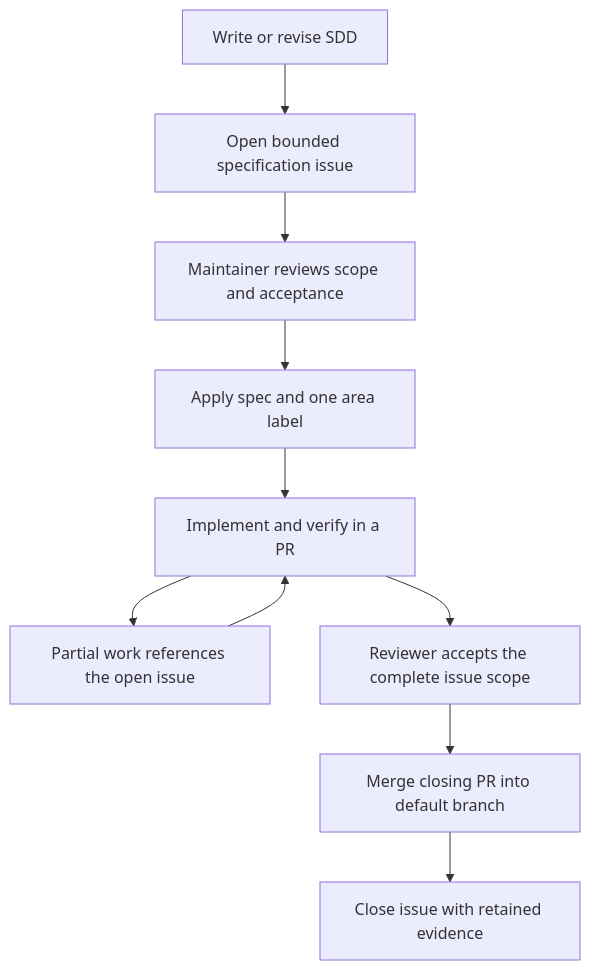
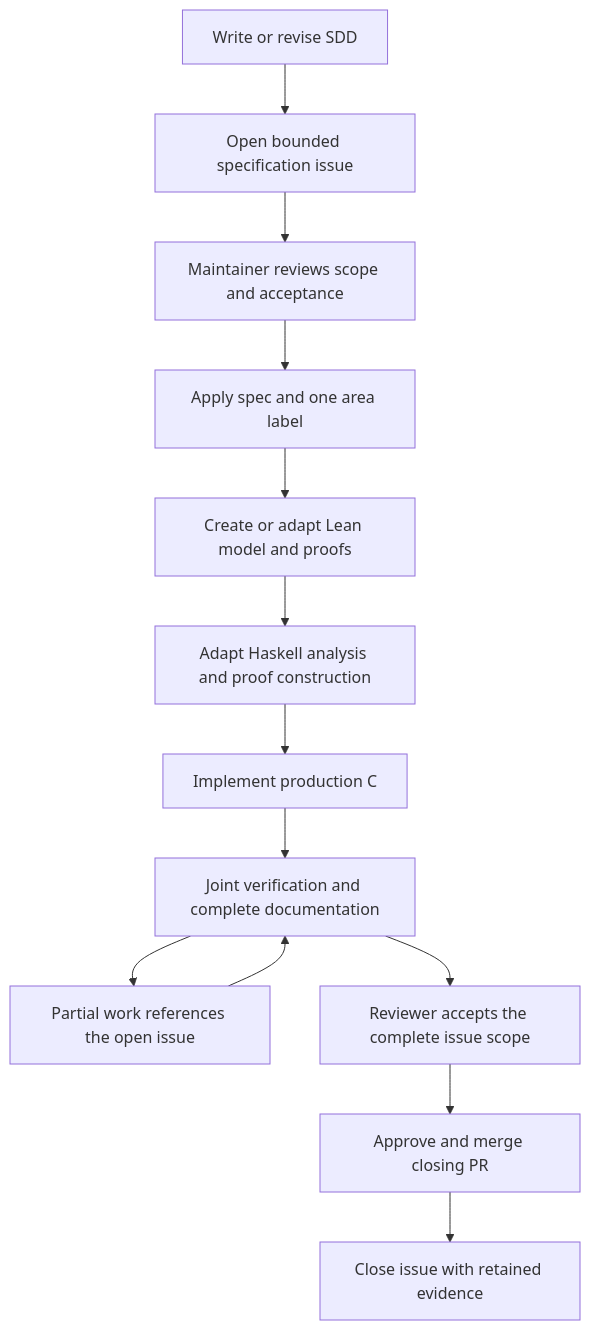
Before and after one commit to RafaelVVolkmer/libmemalloc: the diagram in docs/procedures/specifications.md, drawn with Mermaid. The commit also changed other lines of this file and 33 other files, not shown here.

````diff
--- a/docs/procedures/specifications.md
+++ b/docs/procedures/specifications.md
@@ -61,12 +74,15 @@
 ```mermaid
 flowchart TD
     SDD[Write or revise SDD] --> Issue[Open bounded specification issue]
     Issue --> Review[Maintainer reviews scope and acceptance]
     Review --> Labels[Apply spec and one area label]
-    Labels --> PR[Implement and verify in a PR]
+    Labels --> Lean[Create or adapt Lean model and proofs]
+    Lean --> Haskell[Adapt Haskell analysis and proof construction]
+    Haskell --> C[Implement production C]
+    C --> PR[Joint verification and complete documentation]
     PR --> Partial[Partial work references the open issue]
     Partial --> PR
     PR --> Complete[Reviewer accepts the complete issue scope]
-    Complete --> Merge[Merge closing PR into default branch]
+    Complete --> Merge[Approve and merge closing PR]
     Merge --> Closed[Close issue with retained evidence]
 ```
````
